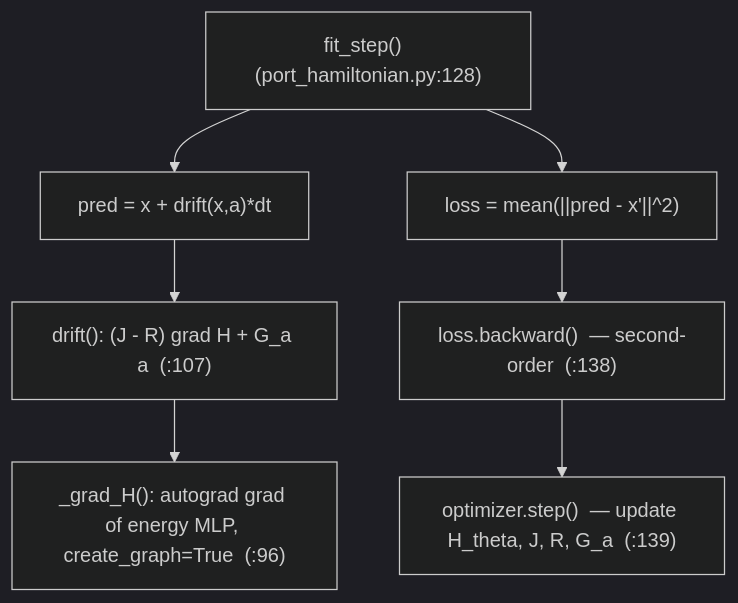
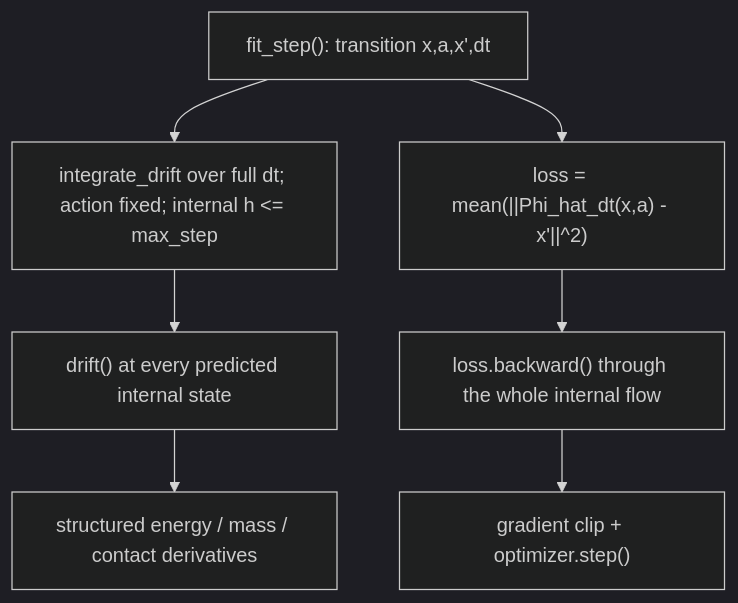
Before and after one commit to sebale16/ct-rl: the second of 2 diagrams in docs/ct_sac_model_based_call_stack.md, drawn with Mermaid (dark theme). The commit also changed other lines of this file and 4 other files, not shown here.

````diff
--- a/docs/ct_sac_model_based_call_stack.md
+++ b/docs/ct_sac_model_based_call_stack.md
@@ -115,9 +118,9 @@
 ```mermaid
 flowchart TD
-    F["fit_step()  (port_hamiltonian.py:128)"] --> P["pred = x + drift(x,a)*dt"]
-    P --> D["drift(): (J - R) grad H + G_a a  (:107)"]
-    D --> G["_grad_H(): autograd grad of energy MLP, create_graph=True  (:96)"]
-    F --> LO["loss = mean(||pred - x'||^2)"]
-    LO --> B["loss.backward()  — second-order  (:138)"]
-    B --> S["optimizer.step()  — update H_theta, J, R, G_a  (:139)"]
+    F["fit_step(): transition x,a,x',dt"] --> P["integrate_drift over full dt; action fixed; internal h <= max_step"]
+    P --> D["drift() at every predicted internal state"]
+    D --> G["structured energy / mass / contact derivatives"]
+    F --> LO["loss = mean(||Phi_hat_dt(x,a) - x'||^2)"]
+    LO --> B["loss.backward() through the whole internal flow"]
+    B --> S["gradient clip + optimizer.step()"]
 ```
````
